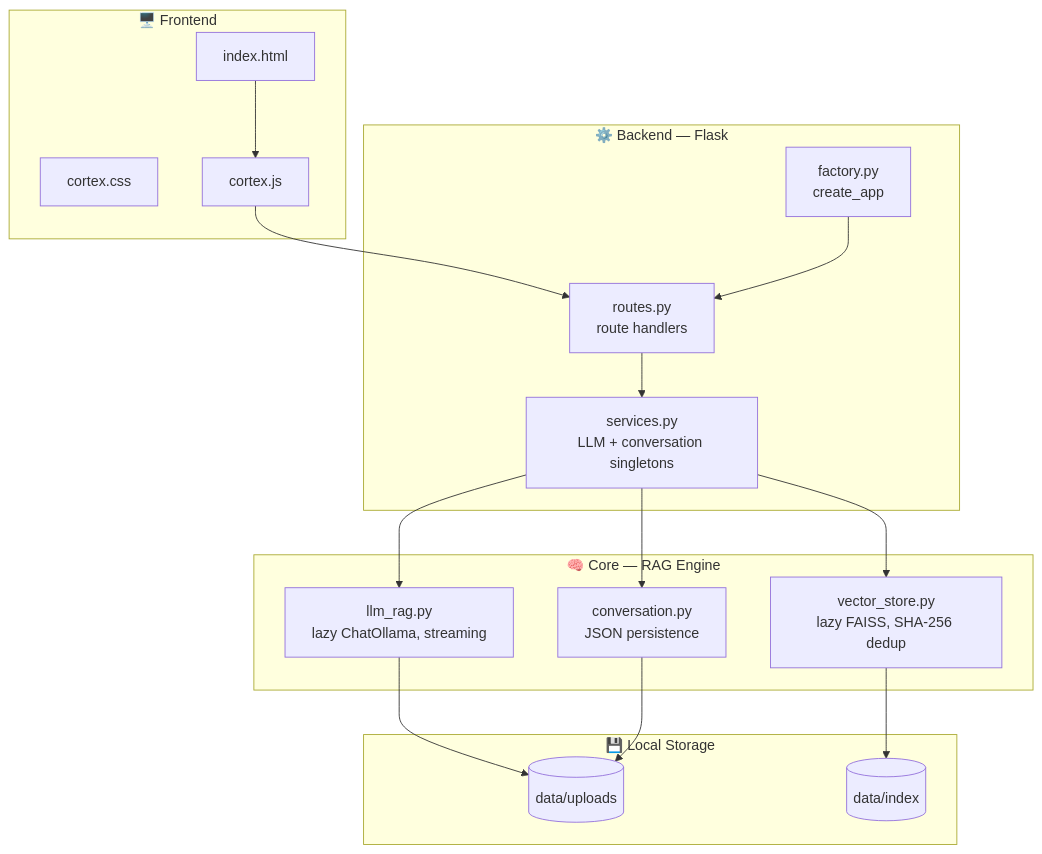
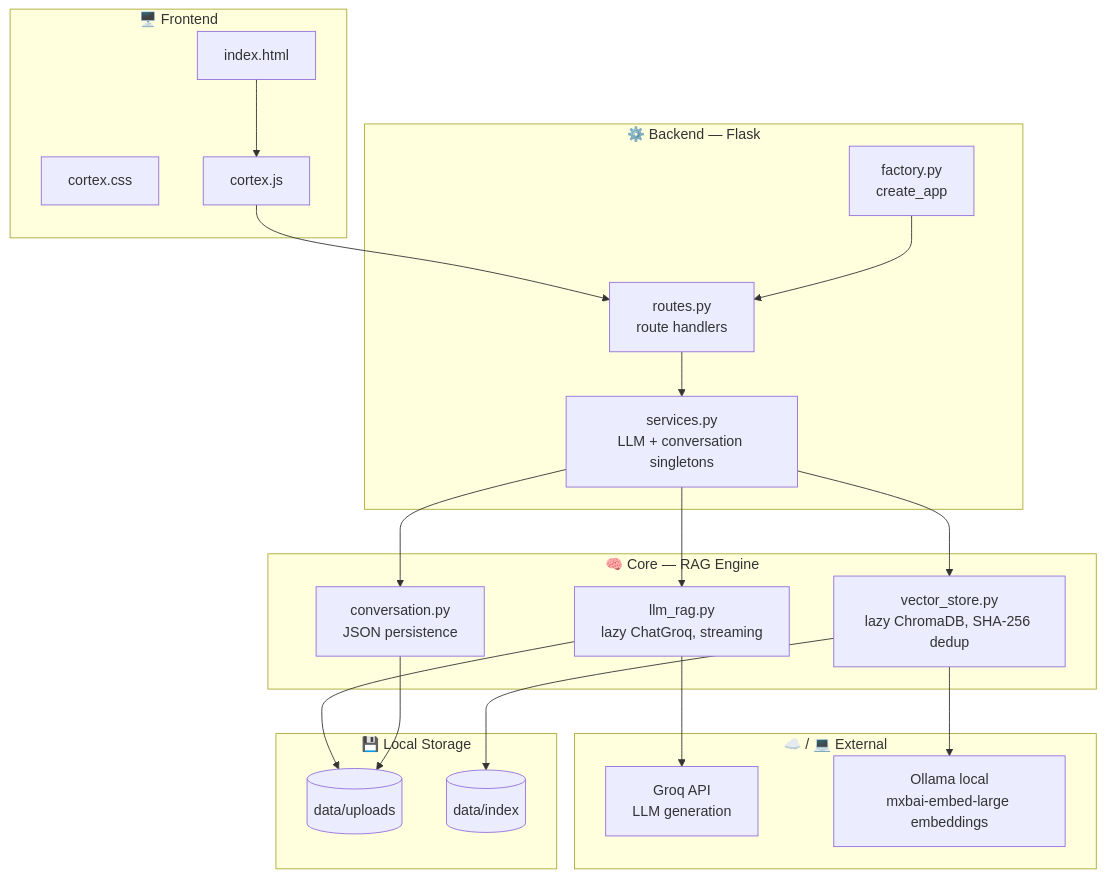
The diagram in README.MD (sohum1712/Cortex), drawn with Mermaid before and after one commit. The commit also changed other lines of this file and 16 other files, not shown here.

````diff
--- a/README.MD
+++ b/README.MD
@@ -52,35 +49,42 @@
 ```mermaid
 flowchart TB
     subgraph Frontend["🖥️ Frontend"]
         UI[index.html]
         CSS[cortex.css]
         JS[cortex.js]
     end
 
     subgraph Backend["⚙️ Backend — Flask"]
         Factory[factory.py<br/>create_app]
         Routes[routes.py<br/>route handlers]
         Services[services.py<br/>LLM + conversation singletons]
     end
 
     subgraph Core["🧠 Core — RAG Engine"]
-        LLM[llm_rag.py<br/>lazy ChatOllama, streaming]
-        Vector[vector_store.py<br/>lazy FAISS, SHA-256 dedup]
+        LLM[llm_rag.py<br/>lazy ChatGroq, streaming]
+        Vector[vector_store.py<br/>lazy ChromaDB, SHA-256 dedup]
         Conv[conversation.py<br/>JSON persistence]
+    end
+
+    subgraph External["☁️ / 💻 External"]
+        Groq[Groq API<br/>LLM generation]
+        Ollama[Ollama local<br/>mxbai-embed-large embeddings]
     end
 
     subgraph Storage["💾 Local Storage"]
         Uploads[(data/uploads)]
         Index[(data/index)]
     end
 
     UI --> JS --> Routes
     Factory --> Routes
     Routes --> Services
     Services --> LLM
     Services --> Vector
     Services --> Conv
+    LLM --> Groq
+    Vector --> Ollama
+    Vector --> Index
     LLM --> Uploads
-    Vector --> Index
     Conv --> Uploads
 ```
````
